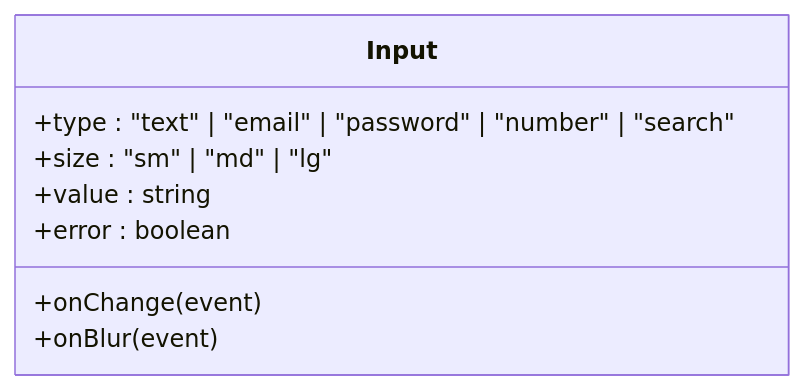
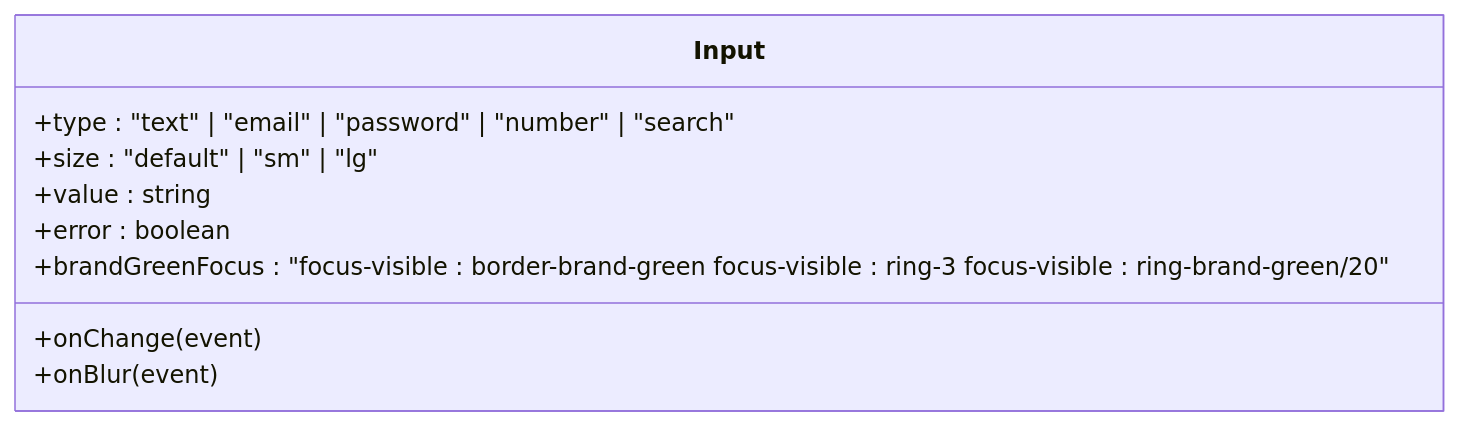
The fourth of 18 diagrams in .qoder/repowiki/en/content/Frontend Application/UI Component Library & Design System.md (userisaziz/samaa-ai), drawn with Mermaid before and after one commit. The commit also changed other lines of this file and 108 other files, not shown here.

````diff
--- a/.qoder/repowiki/en/content/Frontend Application/UI Component Library & Design System.md
+++ b/.qoder/repowiki/en/content/Frontend Application/UI Component Library & Design System.md
@@ -260,11 +473,12 @@
 ```mermaid
 classDiagram
 class Input {
 +type : "text" | "email" | "password" | "number" | "search"
-+size : "sm" | "md" | "lg"
++size : "default" | "sm" | "lg"
 +value : string
 +onChange(event)
 +onBlur(event)
 +error : boolean
++brandGreenFocus : "focus-visible : border-brand-green focus-visible : ring-3 focus-visible : ring-brand-green/20"
 }
 ```
````
